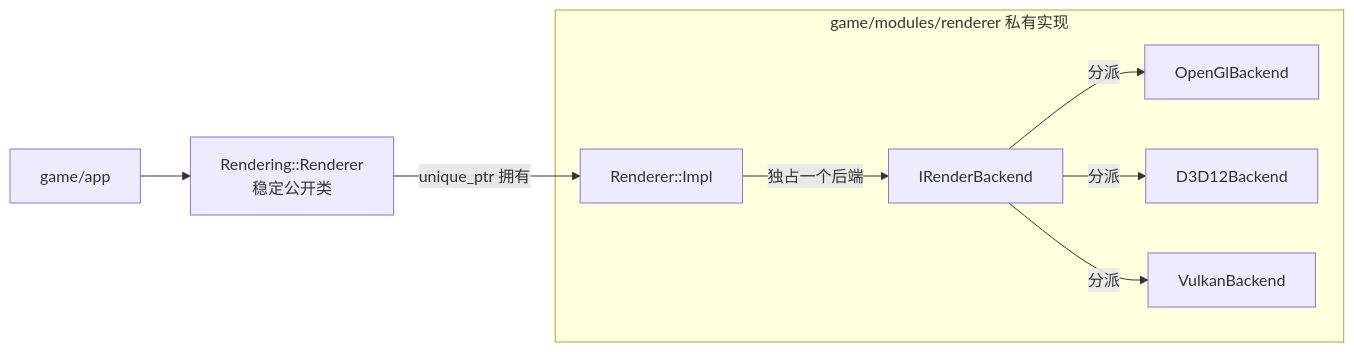
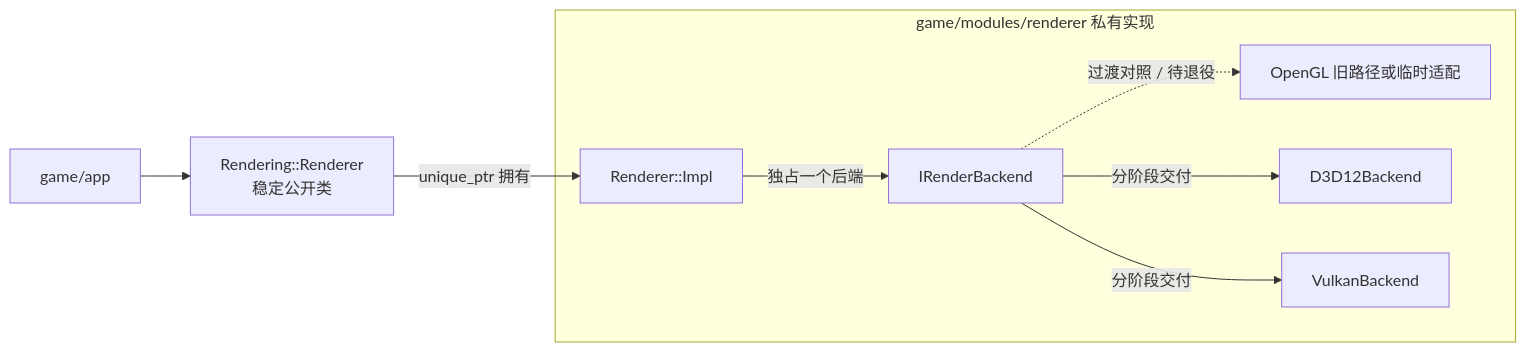
The second of 2 diagrams in docs/spec/M3-T3-渲染器重构.md (AmoLim/SymoCraft), drawn with Mermaid before and after one commit. The commit also changed other lines of this file and 4 other files, not shown here.

````diff
--- a/docs/spec/M3-T3-渲染器重构.md
+++ b/docs/spec/M3-T3-渲染器重构.md
@@ -77,11 +108,11 @@
 ```mermaid
 flowchart LR
     App["game/app"] --> Facade["Rendering::Renderer<br/>稳定公开类"]
     subgraph Private["game/modules/renderer 私有实现"]
         Impl["Renderer::Impl"] -->|独占一个后端| Backend["IRenderBackend"]
-        Backend -->|分派| GL["OpenGlBackend"]
-        Backend -->|分派| DX["D3D12Backend"]
-        Backend -->|分派| VK["VulkanBackend"]
+        Backend -.->|过渡对照 / 待退役| GL["OpenGL 旧路径或临时适配"]
+        Backend -->|分阶段交付| DX["D3D12Backend"]
+        Backend -->|分阶段交付| VK["VulkanBackend"]
     end
     Facade -->|unique_ptr 拥有| Impl
 ```
````
